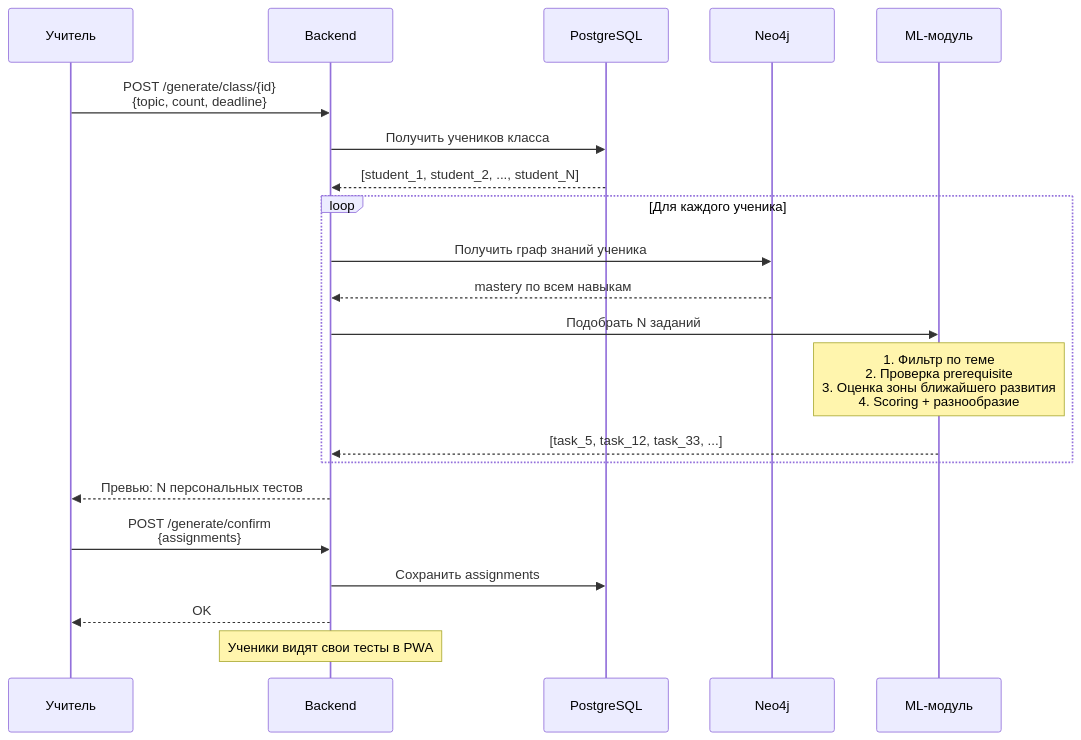
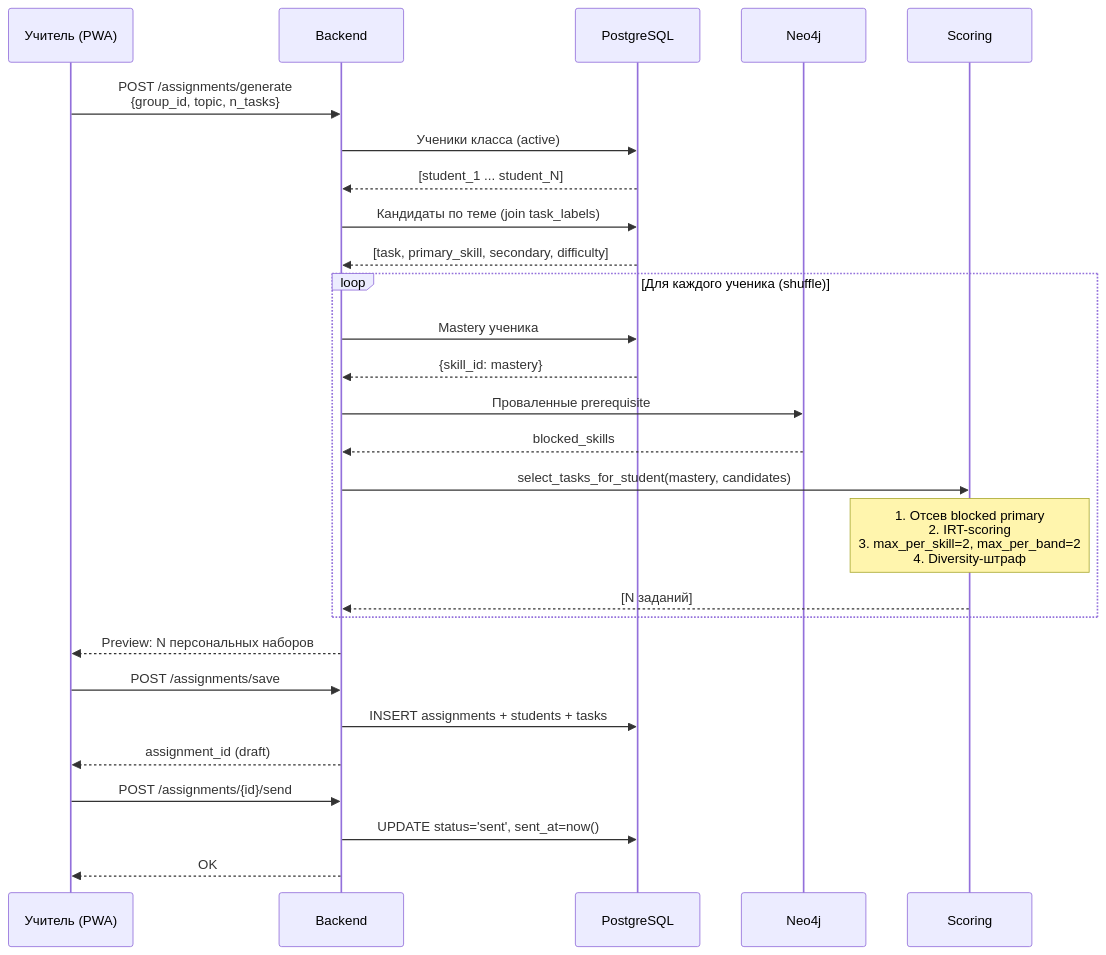
Before and after one commit to VarenioDev/hyperum: the first of 5 diagrams in docs/architecture.md, drawn with Mermaid. The commit also changed other lines of this file and 25 other files, not shown here.

````diff
--- a/docs/architecture.md
+++ b/docs/architecture.md
@@ -114,26 +151,35 @@
 ```mermaid
 sequenceDiagram
-    participant U as Учитель
+    participant U as Учитель (PWA)
     participant API as Backend
-    participant DB as PostgreSQL
-    participant G as Neo4j
-    participant ML as ML-модуль
+    participant PG as PostgreSQL
+    participant N4J as Neo4j
+    participant ML as Scoring
 
-    U->>API: POST /generate/class/{id}<br/>{topic, count, deadline}
-    API->>DB: Получить учеников класса
-    DB-->>API: [student_1, student_2, ..., student_N]
+    U->>API: POST /assignments/generate<br/>{group_id, topic, n_tasks}
+    API->>PG: Ученики класса (active)
+    PG-->>API: [student_1 ... student_N]
 
-    loop Для каждого ученика
-        API->>G: Получить граф знаний ученика
-        G-->>API: mastery по всем навыкам
-        API->>ML: Подобрать N заданий
-        Note over ML: 1. Фильтр по теме<br/>2. Проверка prerequisite<br/>3. Оценка зоны ближайшего развития<br/>4. Scoring + разнообразие
-        ML-->>API: [task_5, task_12, task_33, ...]
+    API->>PG: Кандидаты по теме (join task_labels)
+    PG-->>API: [task, primary_skill, secondary, difficulty]
+
+    loop Для каждого ученика (shuffle)
+        API->>PG: Mastery ученика
+        PG-->>API: {skill_id: mastery}
+        API->>N4J: Проваленные prerequisite
+        N4J-->>API: blocked_skills
+
+        API->>ML: select_tasks_for_student(mastery, candidates)
+        Note over ML: 1. Отсев blocked primary<br/>2. IRT-scoring<br/>3. max_per_skill=2, max_per_band=2<br/>4. Diversity-штраф
+        ML-->>API: [N заданий]
     end
 
-    API-->>U: Превью: N персональных тестов
-    U->>API: POST /generate/confirm<br/>{assignments}
-    API->>DB: Сохранить assignments
+    API-->>U: Preview: N персональных наборов
+    U->>API: POST /assignments/save
+    API->>PG: INSERT assignments + students + tasks
+    API-->>U: assignment_id (draft)
+
+    U->>API: POST /assignments/{id}/send
+    API->>PG: UPDATE status='sent', sent_at=now()
     API-->>U: OK
-    Note over API: Ученики видят свои тесты в PWA
 ```
````
